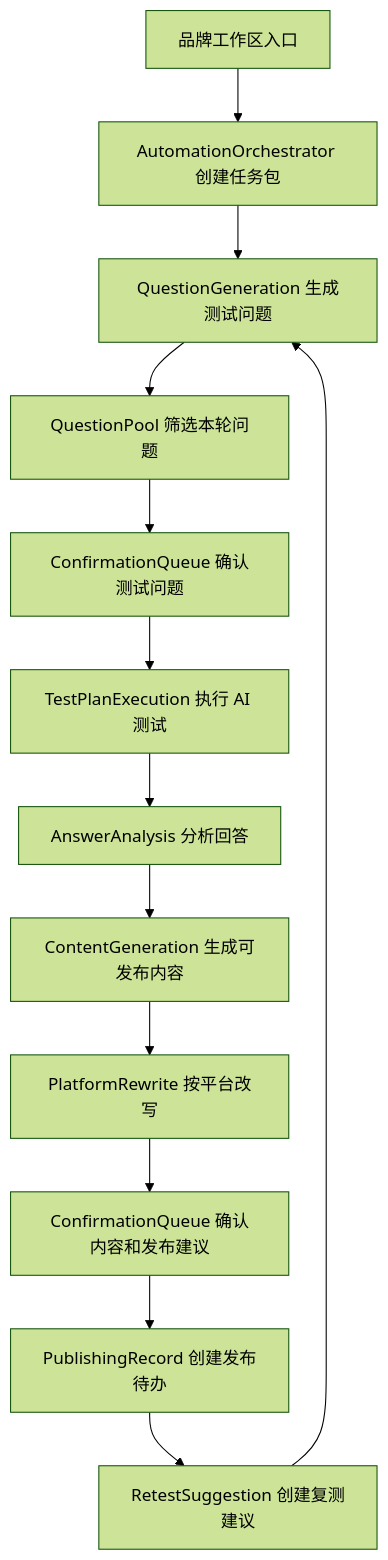
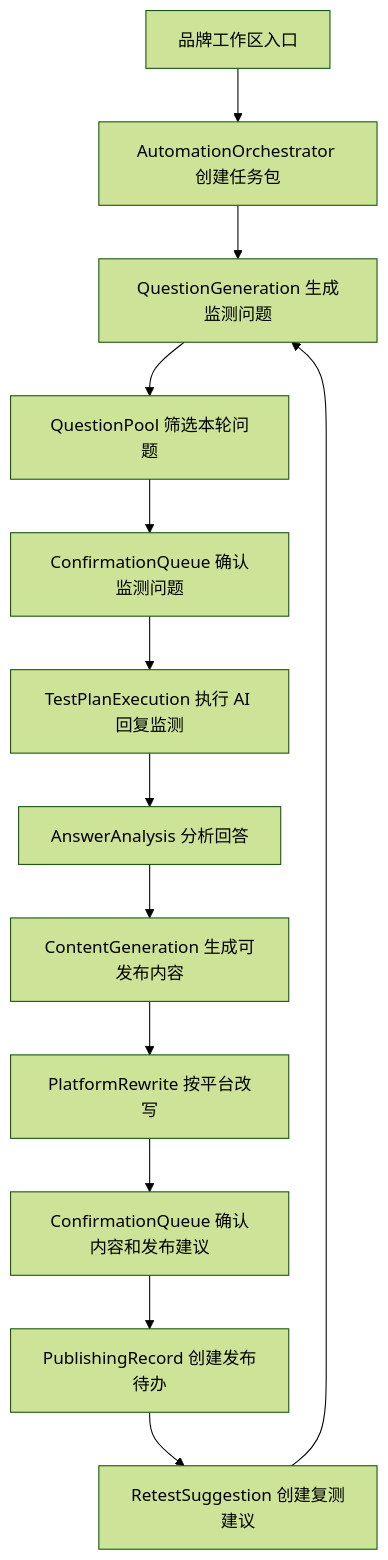
Before and after one commit to nn190yxn/Alex: the diagram in .monkeycode/specs/ai-automation-operator/design.md, drawn with Mermaid (forest theme). The commit also changed other lines of this file and 149 other files, not shown here.

````diff
--- a/.monkeycode/specs/ai-automation-operator/design.md
+++ b/.monkeycode/specs/ai-automation-operator/design.md
@@ -14,15 +14,15 @@
 ```mermaid
 graph TD
     A["品牌工作区入口"] --> B["AutomationOrchestrator 创建任务包"]
-    B --> C["QuestionGeneration 生成测试问题"]
+    B --> C["QuestionGeneration 生成监测问题"]
     C --> D["QuestionPool 筛选本轮问题"]
-    D --> E["ConfirmationQueue 确认测试问题"]
-    E --> F["TestPlanExecution 执行 AI 测试"]
+    D --> E["ConfirmationQueue 确认监测问题"]
+    E --> F["TestPlanExecution 执行 AI 回复监测"]
     F --> G["AnswerAnalysis 分析回答"]
     G --> H["ContentGeneration 生成可发布内容"]
     H --> I["PlatformRewrite 按平台改写"]
     I --> J["ConfirmationQueue 确认内容和发布建议"]
     J --> K["PublishingRecord 创建发布待办"]
     K --> L["RetestSuggestion 创建复测建议"]
     L --> C
 ```
````
